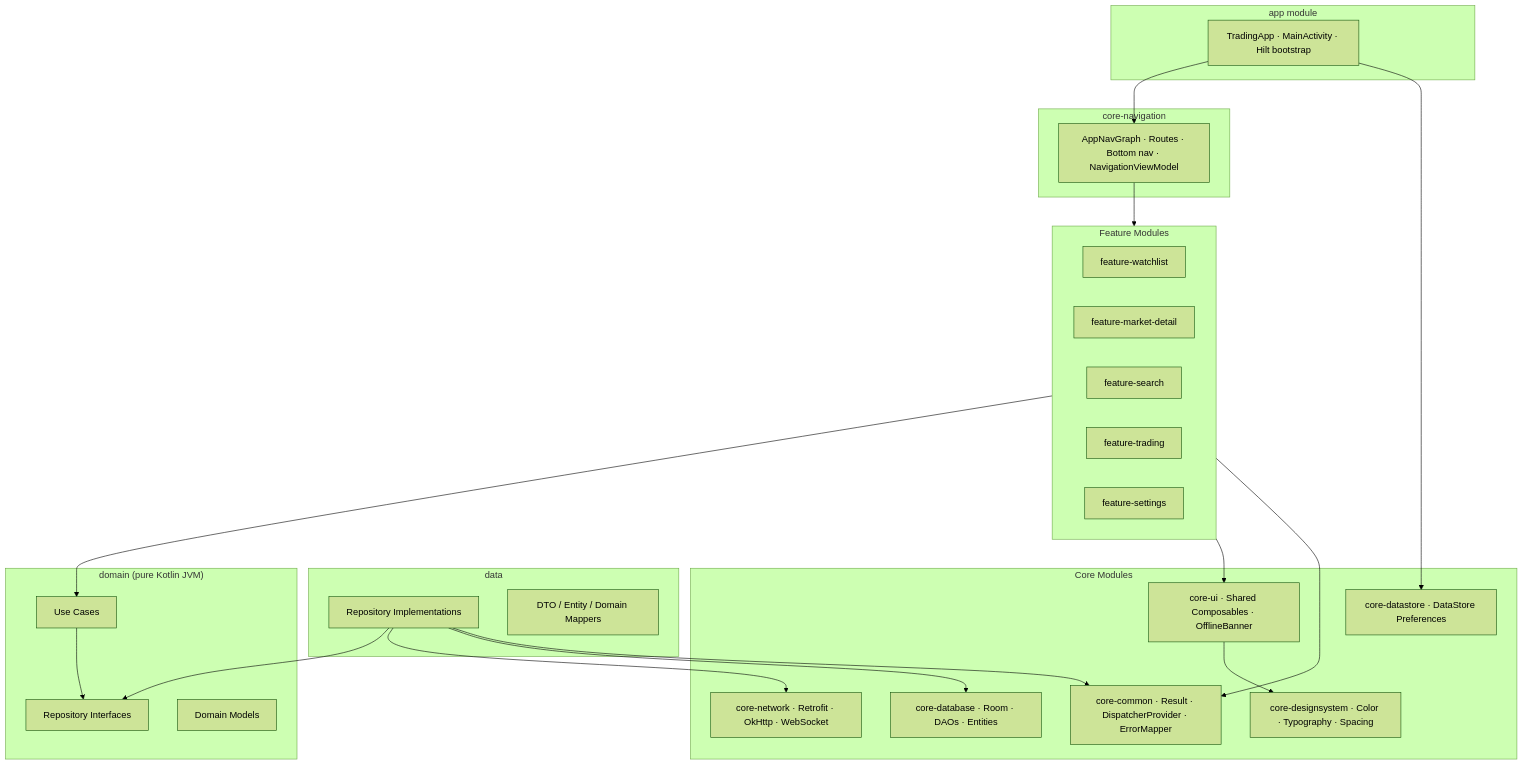
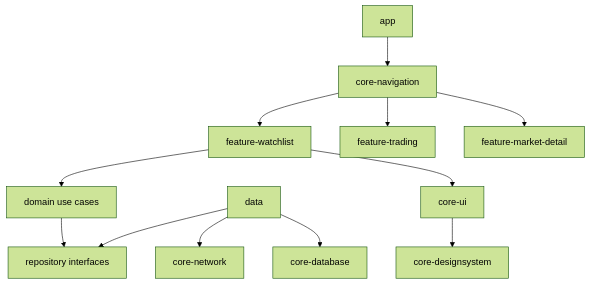
The first of 2 diagrams in README.md (kaunghtetsan1101/realtime-trading-android), drawn with Mermaid (forest theme) before and after one commit. The commit also changed other lines of this file, not shown here.

````diff
--- a/README.md
+++ b/README.md
@@ -123,51 +94,14 @@
 ```mermaid
 graph TD
-    subgraph app["app module"]
-        APP["TradingApp · MainActivity · Hilt bootstrap"]
-    end
-
-    subgraph nav["core-navigation"]
-        NAV["AppNavGraph · Routes · Bottom nav · NavigationViewModel"]
-    end
-
-    subgraph features["Feature Modules"]
-        FW["feature-watchlist"]
-        FMD["feature-market-detail"]
-        FS["feature-search"]
-        FT["feature-trading"]
-        FST["feature-settings"]
-    end
-
-    subgraph domain["domain (pure Kotlin JVM)"]
-        UC["Use Cases"]
-        REPO_I["Repository Interfaces"]
-        MODELS["Domain Models"]
-    end
-
-    subgraph data_layer["data"]
-        REPO_IMPL["Repository Implementations"]
-        MAPPERS["DTO / Entity / Domain Mappers"]
-    end
-
-    subgraph core["Core Modules"]
-        CN["core-network · Retrofit · OkHttp · WebSocket"]
-        CDB["core-database · Room · DAOs · Entities"]
-        CC["core-common · Result · DispatcherProvider · ErrorMapper"]
-        CDS["core-datastore · DataStore Preferences"]
-        CUI["core-ui · Shared Composables · OfflineBanner"]
-        CDSGN["core-designsystem · Color · Typography · Spacing"]
-    end
-
-    APP --> NAV
-    APP --> CDS
-    NAV --> features
-    features --> UC
-    UC --> REPO_I
-    REPO_IMPL --> REPO_I
-    REPO_IMPL --> CN
-    REPO_IMPL --> CDB
-    REPO_IMPL --> CC
-    features --> CUI
-    CUI --> CDSGN
-    features --> CC
+    APP[app] --> NAV[core-navigation]
+    NAV --> FW[feature-watchlist]
+    NAV --> FT[feature-trading]
+    NAV --> FMD[feature-market-detail]
+    FW --> UC[domain use cases]
+    UC --> REPO[repository interfaces]
+    DATA[data] --> REPO
+    DATA --> CN[core-network]
+    DATA --> CDB[core-database]
+    FW --> CUI[core-ui]
+    CUI --> CDSGN[core-designsystem]
 ```
````
